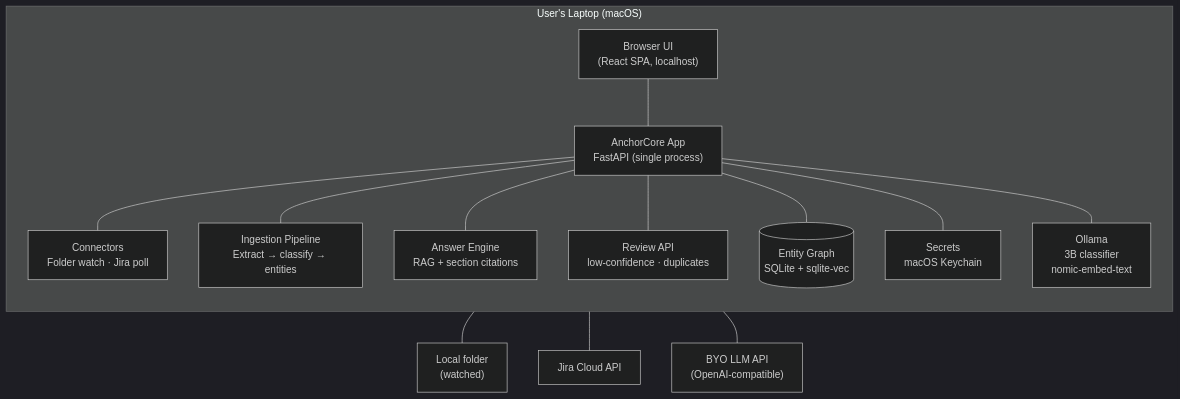
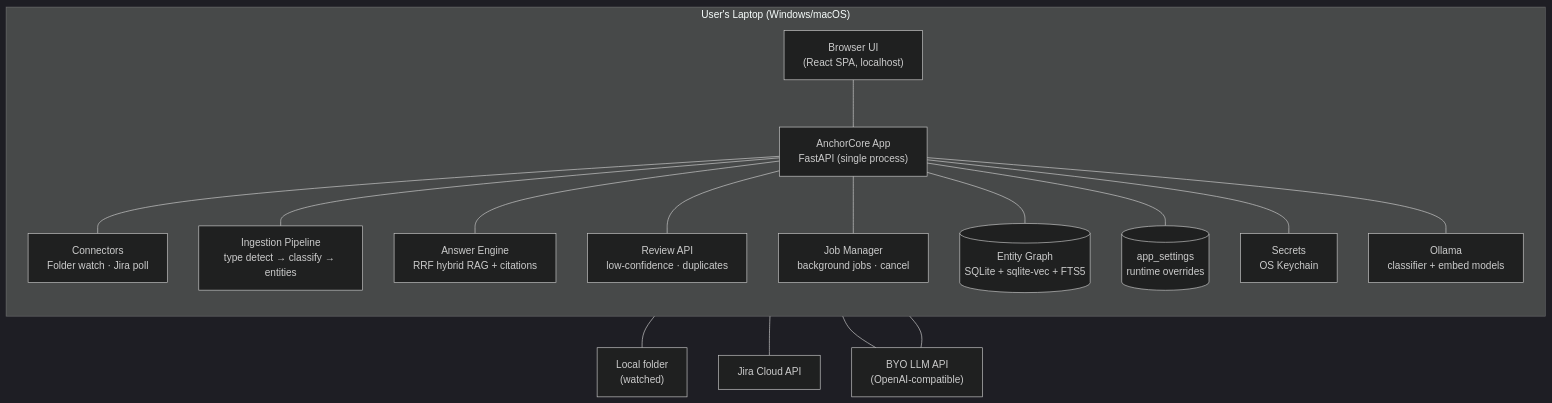
Before and after one commit to Atsirkunov/anchorcore: the first of 4 diagrams in docs/architecture.md, drawn with Mermaid (dark theme). The commit also changed other lines of this file and 1 other file, not shown here.

Commit message:
Docs: sync README + architecture with current stack (document-aware classification, FTS5 hybrid, runtime settings, jobs/cancel, follow-ups, packaged builds)

````diff
--- a/docs/architecture.md
+++ b/docs/architecture.md
@@ -14,27 +14,31 @@
 ```mermaid
 flowchart TB
-    subgraph laptop["User's Laptop (macOS)"]
+    subgraph laptop["User's Laptop (Windows/macOS)"]
         direction TB
         browser["Browser UI<br/>(React SPA, localhost)"]
         api["AnchorCore App<br/>FastAPI (single process)"]
         api --- connectors["Connectors<br/>Folder watch · Jira poll"]
-        api --- pipeline["Ingestion Pipeline<br/>Extract → classify → entities"]
-        api --- rag["Answer Engine<br/>RAG + section citations"]
+        api --- pipeline["Ingestion Pipeline<br/>type detect → classify → entities"]
+        api --- rag["Answer Engine<br/>RRF hybrid RAG + citations"]
         api --- review["Review API<br/>low-confidence · duplicates"]
-        db[("Entity Graph<br/>SQLite + sqlite-vec")]
-        secrets["Secrets<br/>macOS Keychain"]
+        api --- jobs["Job Manager<br/>background jobs · cancel"]
+        db[("Entity Graph<br/>SQLite + sqlite-vec + FTS5")]
+        settings[("app_settings<br/>runtime overrides")]
+        secrets["Secrets<br/>OS Keychain"]
         api --- db
+        api --- settings
         api --- secrets
         browser --- api
-        ollama["Ollama<br/>3B classifier<br/>nomic-embed-text"]
+        ollama["Ollama<br/>classifier + embed models"]
         api --- ollama
     end
 
     jira["Jira Cloud API"]
     folder["Local folder<br/>(watched)"]
     cloud["BYO LLM API<br/>(OpenAI-compatible)"]
 
     connectors --- folder
     connectors --- jira
+    pipeline --- cloud
     rag --- cloud
 ```
````
